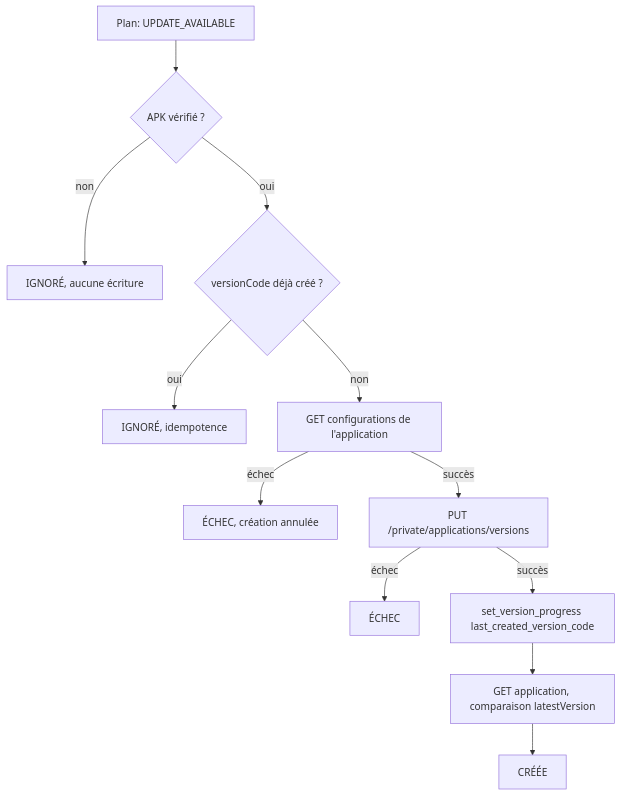
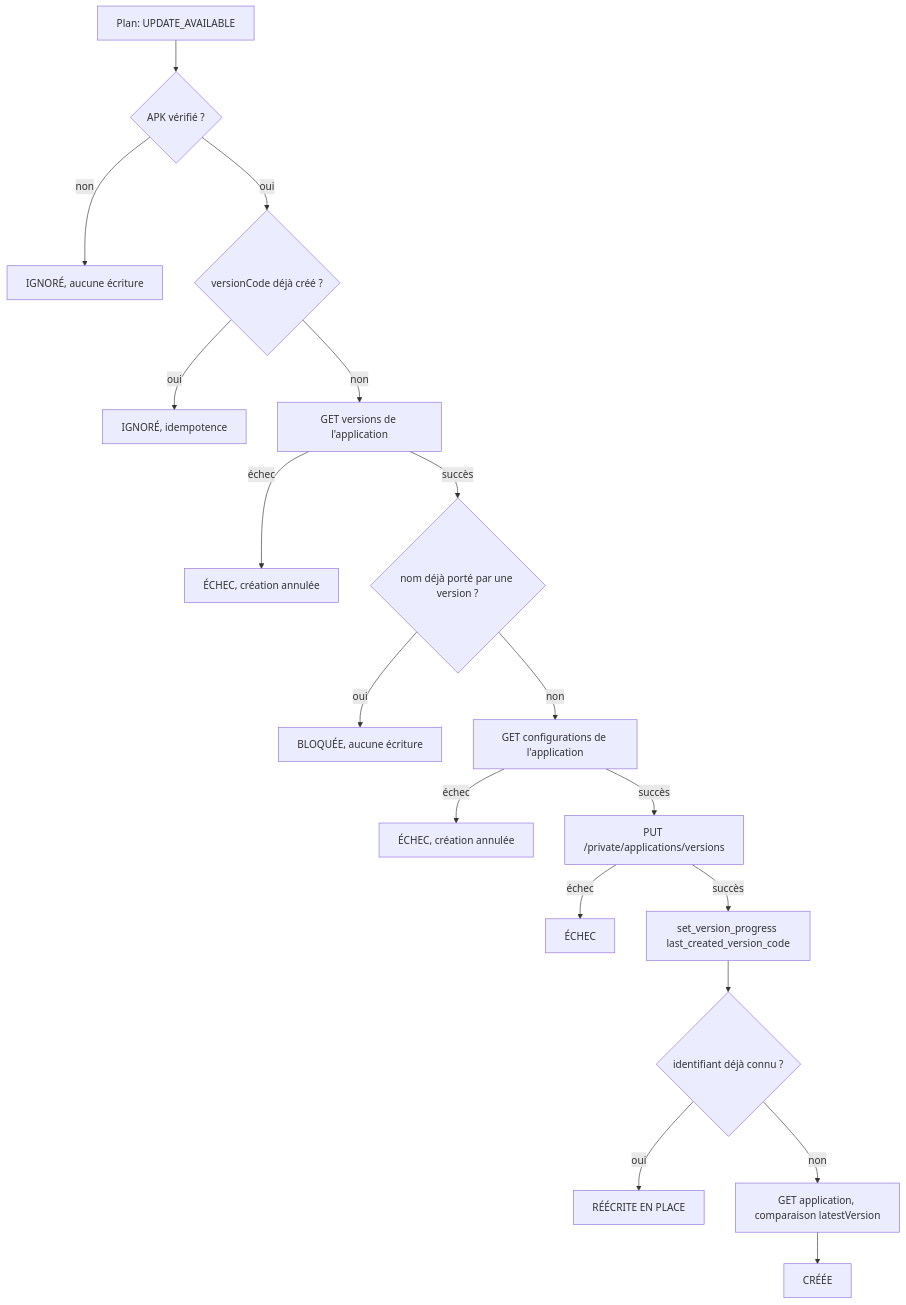
One commit to Sarcouy/fdroid-headwind-mirror changed the fourth of 5 diagrams in docs/architecture.md. Above: the diagram before and after it, drawn with Mermaid. The commit also changed other lines of this file and 6 other files, not shown here.

````diff
--- a/docs/architecture.md
+++ b/docs/architecture.md
@@ -719,14 +809,20 @@
 ```mermaid
 flowchart TD
     A[Plan: UPDATE_AVAILABLE] --> B{APK vérifié ?}
     B -- non --> S1[IGNORÉ, aucune écriture]
     B -- oui --> C{versionCode déjà créé ?}
     C -- oui --> S2[IGNORÉ, idempotence]
-    C -- non --> D[GET configurations de l'application]
+    C -- non --> V[GET versions de l'application]
+    V -- échec --> S5[ÉCHEC, création annulée]
+    V -- succès --> N{nom déjà porté par une version ?}
+    N -- oui --> S6[BLOQUÉE, aucune écriture]
+    N -- non --> D[GET configurations de l'application]
     D -- échec --> S3[ÉCHEC, création annulée]
     D -- succès --> E[PUT /private/applications/versions]
     E -- échec --> S4[ÉCHEC]
     E -- succès --> F[set_version_progress last_created_version_code]
-    F --> G[GET application, comparaison latestVersion]
+    F --> R{identifiant déjà connu ?}
+    R -- oui --> S7[RÉÉCRITE EN PLACE]
+    R -- non --> G[GET application, comparaison latestVersion]
     G --> H[CRÉÉE]
 ```
````
